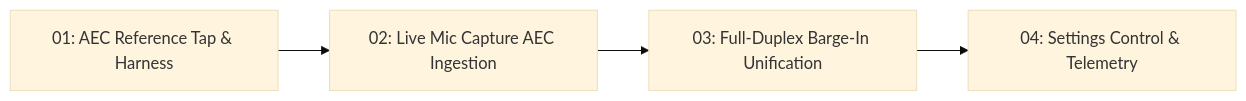
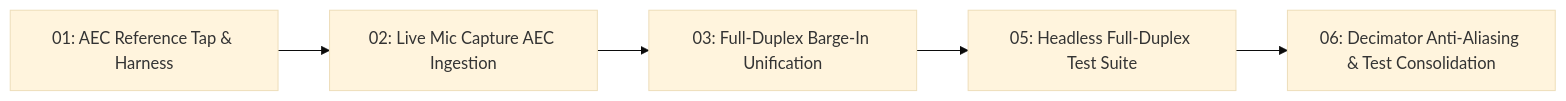
One commit to addy-47/vox changed the second of 2 diagrams in docs/plans/phase13/aec_system_architecture_and_plan.md. Above: the diagram before and after it, drawn with Mermaid (base theme). The commit also changed other lines of this file and 40 other files, not shown here.

Commit message:
feat: implement acoustic echo cancellation (AEC) pipeline and built frontend test suite and lint scripts

````diff
--- a/docs/plans/phase13/aec_system_architecture_and_plan.md
+++ b/docs/plans/phase13/aec_system_architecture_and_plan.md
@@ -147,6 +147,7 @@
 ```mermaid
 flowchart LR
     T1["01: AEC Reference Tap & Harness"] --> T2["02: Live Mic Capture AEC Ingestion"]
     T2 --> T3["03: Full-Duplex Barge-In Unification"]
-    T3 --> T4["04: Settings Control & Telemetry"]
+    T3 --> T5["05: Headless Full-Duplex Test Suite"]
+    T5 --> T6["06: Decimator Anti-Aliasing & Test Consolidation"]
 ```
````
